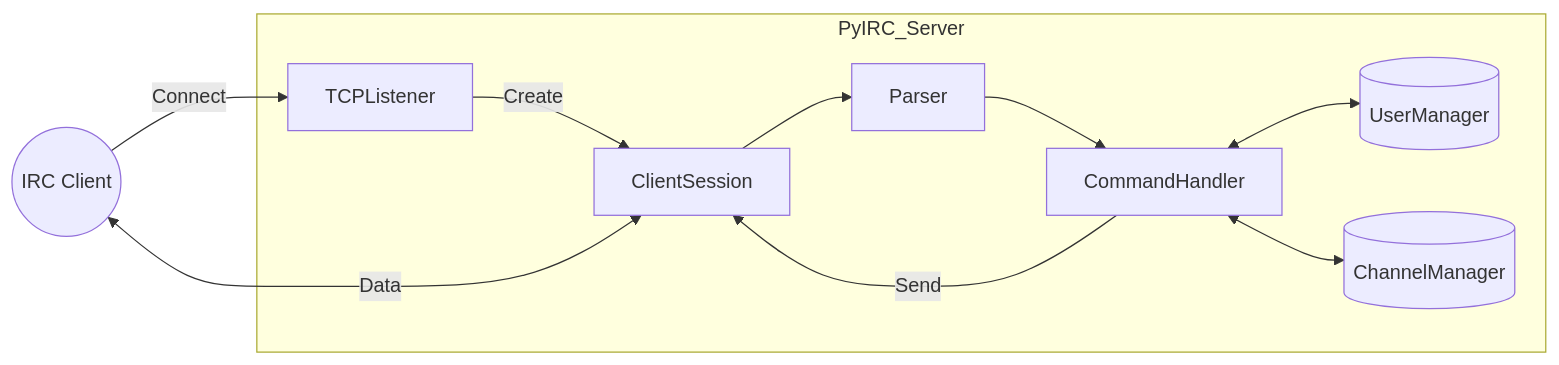
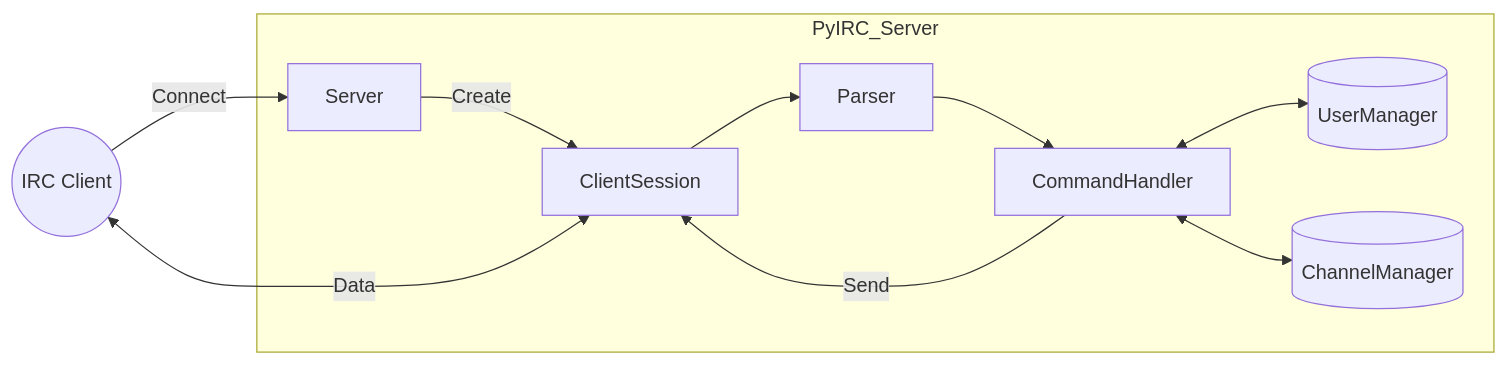
The diagram in readme.md (WojtekZieziula/Python-IRC-server), drawn with Mermaid before and after one commit. The commit also changed other lines of this file, not shown here.

Commit message:
uptade readme to actual names of classes

````diff
--- a/readme.md
+++ b/readme.md
@@ -92,23 +92,23 @@
 ```mermaid
 graph LR
     Client((IRC Client))
 
     subgraph "PyIRC_Server"
-        Listener[TCPListener]
+        Listener[Server]
         Session[ClientSession]
         Parser[Parser]
         Handler[CommandHandler]
         
         UserMgr[(UserManager)]
         ChanMgr[(ChannelManager)]
     end
 
     Client -- Connect --> Listener
     Listener -- Create --> Session
     Client <-- Data --> Session
     Session --> Parser
     Parser --> Handler
     Handler <--> UserMgr
     Handler <--> ChanMgr
     Handler -- Send --> Session
 ```
````
